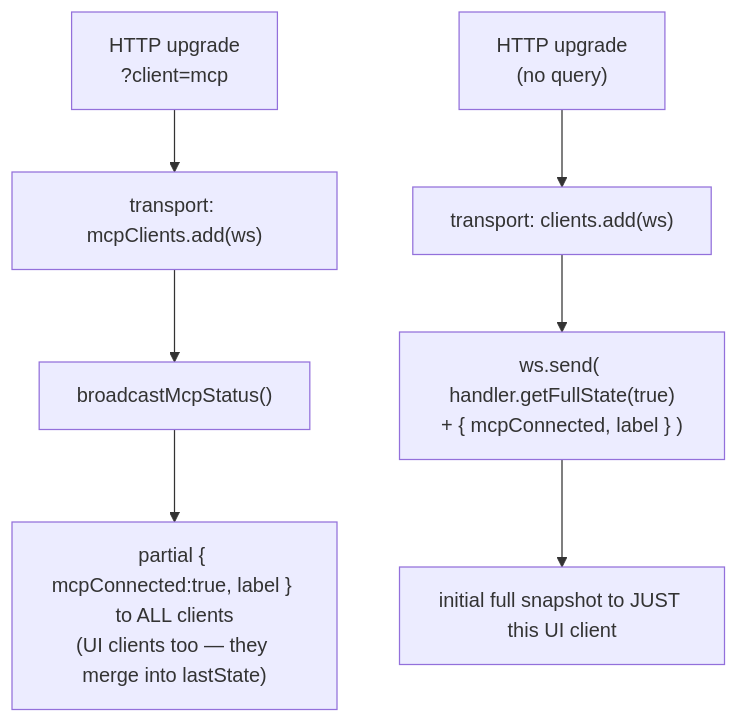
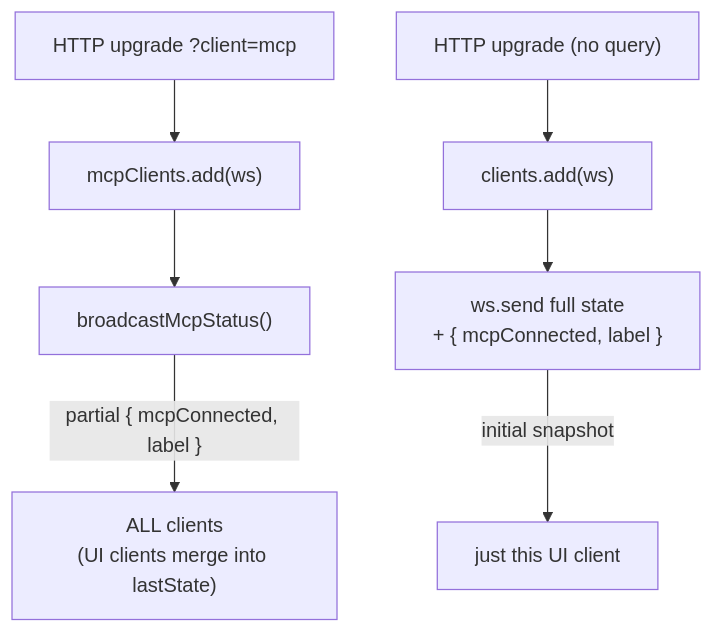
Before and after one commit to uribrecher/keyboards-mcp: the seventh of 9 diagrams in packages/sounds-and-recreation-app/src/transport.md, drawn with Mermaid. The commit also changed other lines of this file, not shown here.

First line of the commit message:
docs: make transport.md mermaid diagrams structural and concise

````diff
--- a/packages/sounds-and-recreation-app/src/transport.md
+++ b/packages/sounds-and-recreation-app/src/transport.md
@@ -177,10 +182,10 @@
 ```mermaid
 flowchart TB
-    up1["HTTP upgrade<br/>?client=mcp"] --> m1["transport: mcpClients.add(ws)"]
+    up1["HTTP upgrade ?client=mcp"] --> m1["mcpClients.add(ws)"]
     m1 --> m2["broadcastMcpStatus()"]
-    m2 --> m3["partial { mcpConnected:true, label } to ALL clients<br/>(UI clients too — they merge into lastState)"]
+    m2 -- "partial { mcpConnected, label }" --> all["ALL clients<br/>(UI clients merge into lastState)"]
 
-    up2["HTTP upgrade<br/>(no query)"] --> u1["transport: clients.add(ws)"]
-    u1 --> u2["ws.send( handler.getFullState(true)<br/>+ { mcpConnected, label } )"]
-    u2 --> u3["initial full snapshot to JUST this UI client"]
+    up2["HTTP upgrade (no query)"] --> u1["clients.add(ws)"]
+    u1 --> u2["ws.send full state<br/>+ { mcpConnected, label }"]
+    u2 -- "initial snapshot" --> just["just this UI client"]
 ```
````
